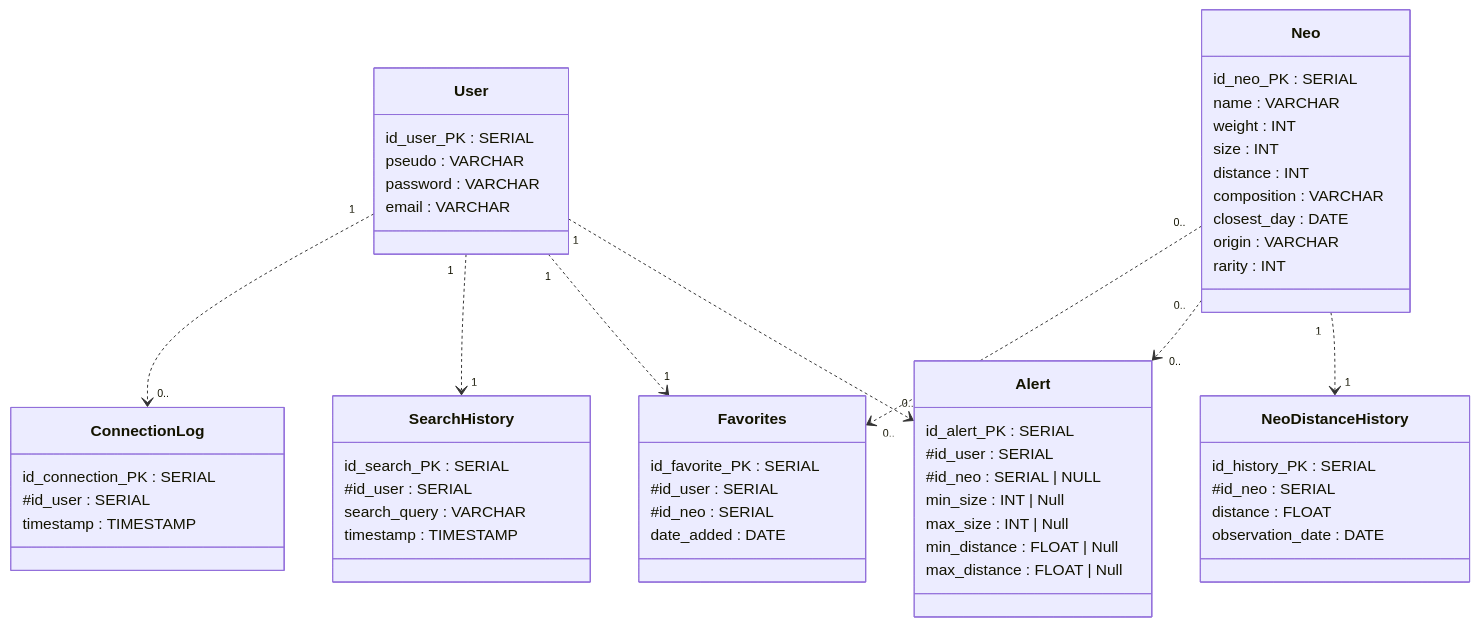
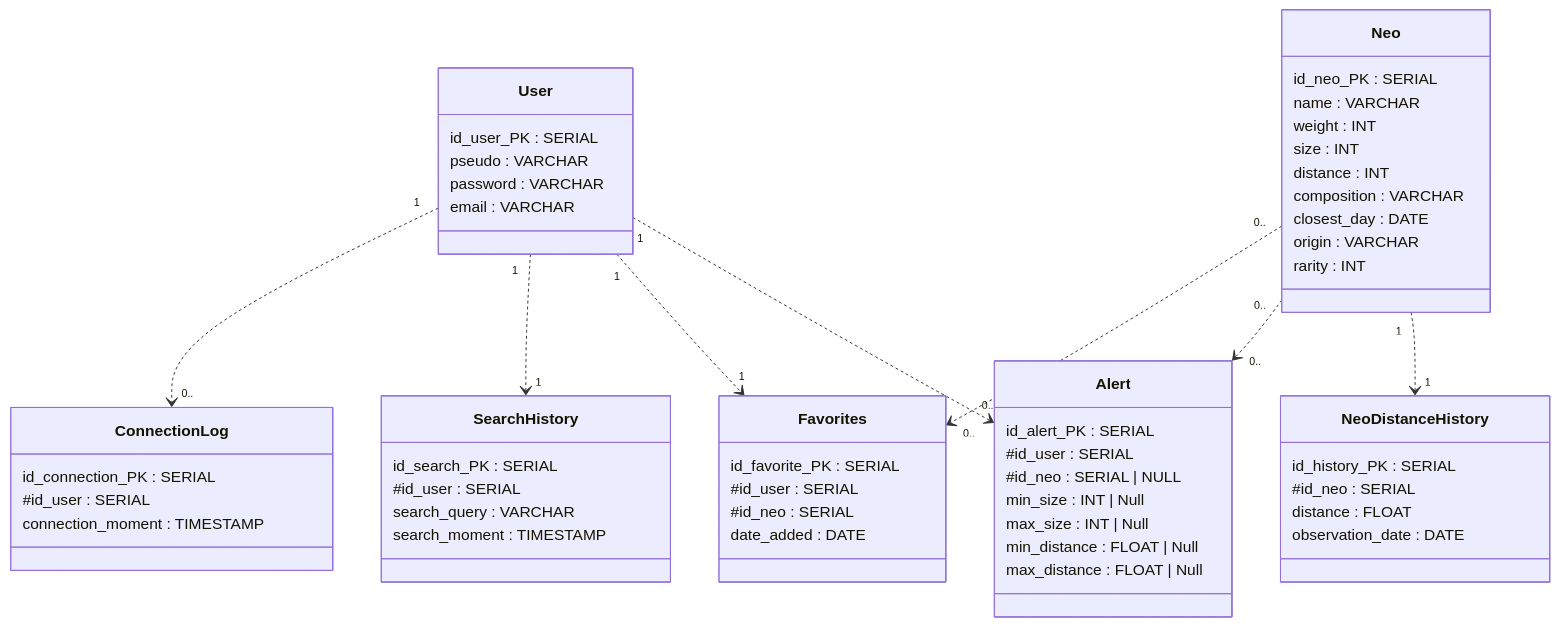
One commit to tristancabre/Projet-info-2A changed the diagram in doc/data_model.md. Above: the diagram before and after it, drawn with Mermaid. The commit also changed 1 other file, not shown here.

Commit message:
tables sql

````diff
--- a/doc/data_model.md
+++ b/doc/data_model.md
@@ -16,71 +16,71 @@
 ```mermaid
 classDiagram
     %% Business objects
 
     class User {
         id_user_PK : SERIAL
         pseudo : VARCHAR
         password : VARCHAR
         email : VARCHAR
     }
 
     class Neo{
         id_neo_PK : SERIAL
         name : VARCHAR
         weight : INT
         size : INT
         distance : INT
         composition : VARCHAR
         closest_day : DATE
         origin : VARCHAR
         rarity : INT
     }
 
     class Alert {
         id_alert_PK : SERIAL
         #id_user : SERIAL
         #id_neo : SERIAL | NULL
         min_size : INT | Null
         max_size : INT | Null
         min_distance : FLOAT | Null
         max_distance : FLOAT | Null
     }
 
     class Favorites {
         id_favorite_PK : SERIAL
         #id_user : SERIAL
         #id_neo : SERIAL
         date_added : DATE
     }
 
     class ConnectionLog {
         id_connection_PK : SERIAL
         #id_user : SERIAL
-        timestamp : TIMESTAMP
+        connection_moment : TIMESTAMP
     }
 
     class SearchHistory {
         id_search_PK : SERIAL
         #id_user : SERIAL
         search_query : VARCHAR
-        timestamp : TIMESTAMP
+        search_moment : TIMESTAMP
     }
 
     class NeoDistanceHistory {
         id_history_PK : SERIAL
         #id_neo : SERIAL
         distance : FLOAT
         observation_date : DATE
     }
 
 
     %% Relationships
     Neo "0.." ..> "0.." Favorites
     Neo "0.." ..> "0.." Alert
     Neo "1" ..> "1" NeoDistanceHistory
     User "1" ..> "0.." ConnectionLog
     User "1" ..> "1" SearchHistory
     User "1" ..> "1" Favorites
     User "1" ..> "0.." Alert
 
 ```
````
